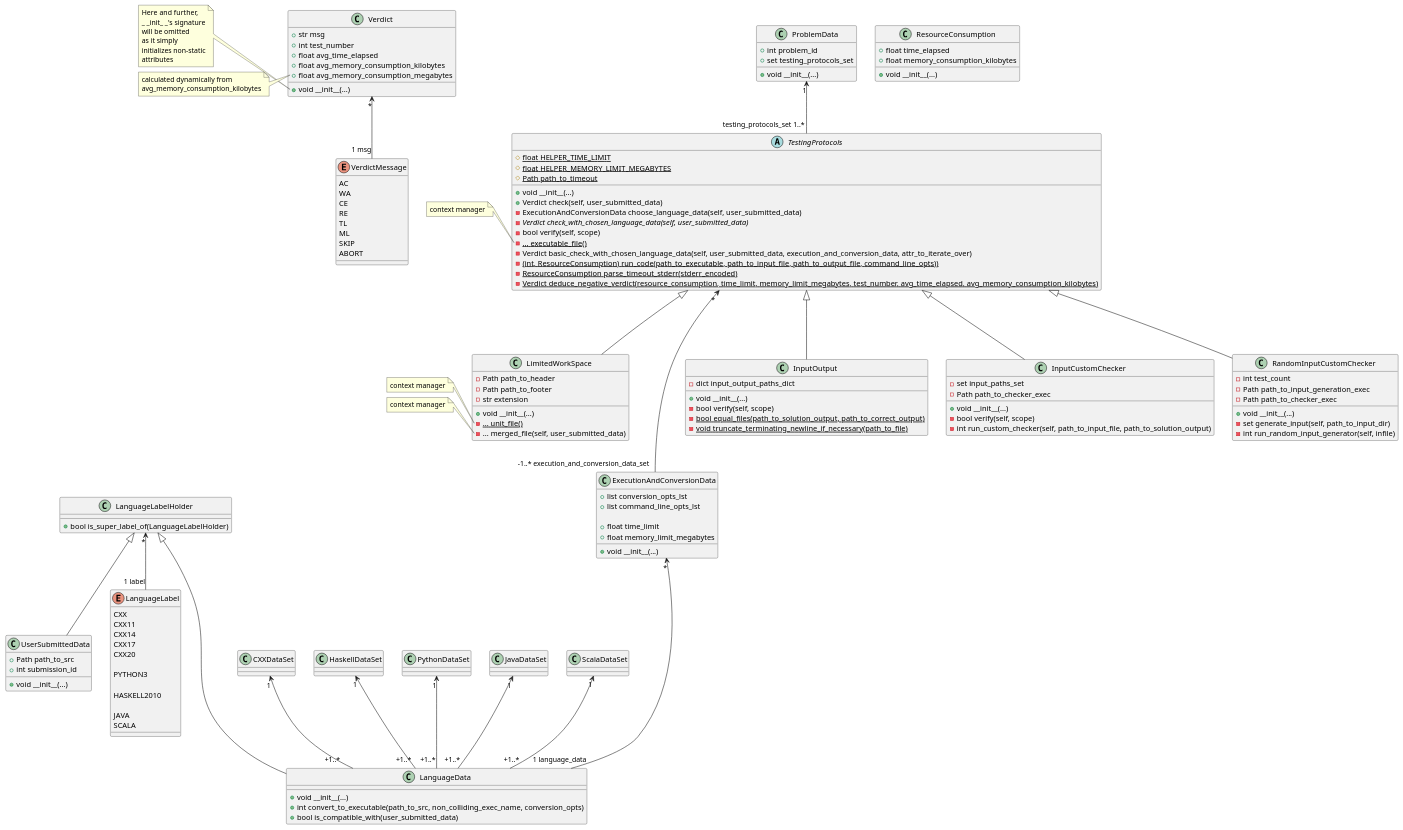
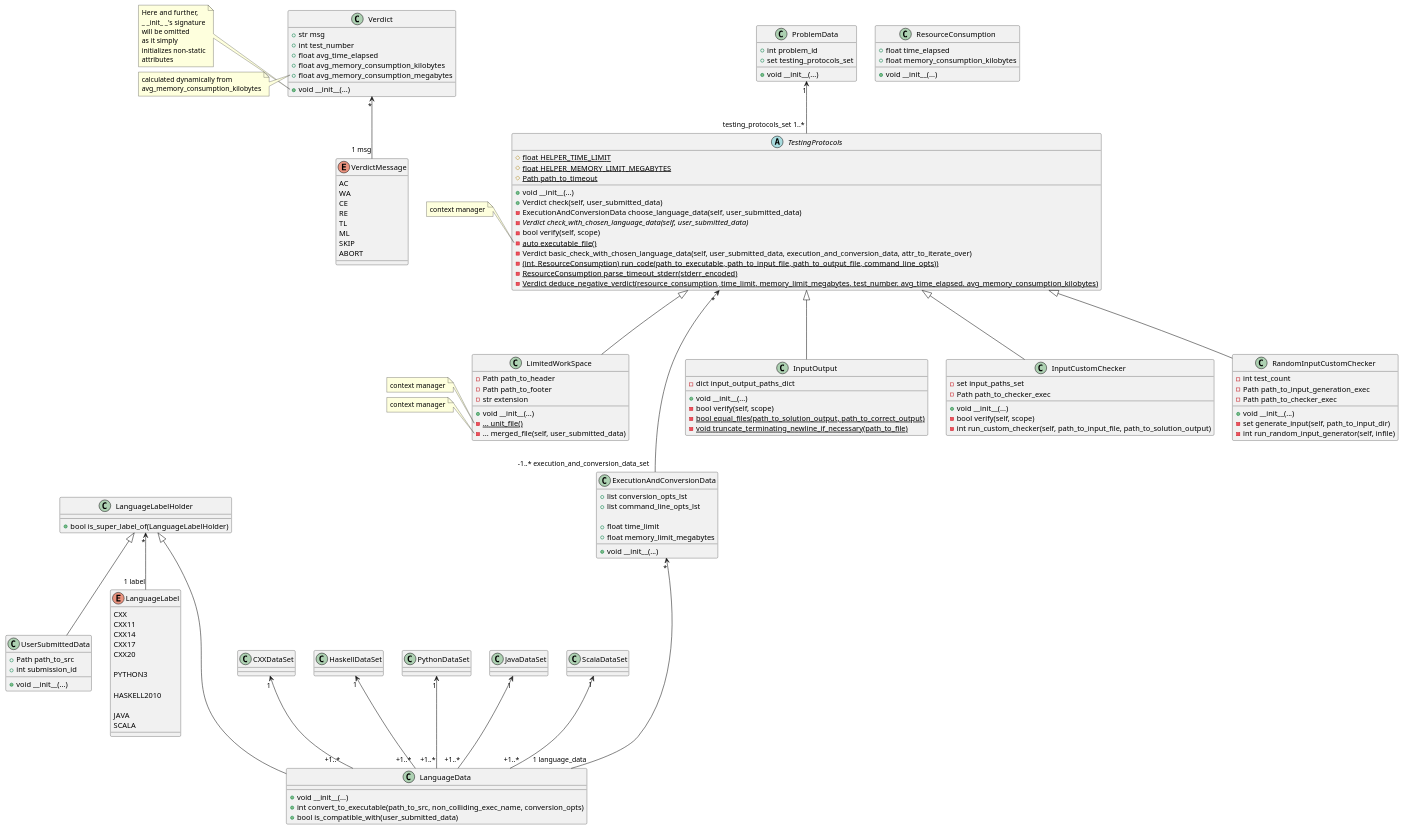
The diagram in TestingSystem/TestingProtocols/Class_TestingProtocols.puml (IgorZhiltsoff/TPy_project), drawn with PlantUML before and after one commit. The commit also changed 4 other files, not shown here.

```diff
--- a/TestingSystem/TestingProtocols/Class_TestingProtocols.puml
+++ b/TestingSystem/TestingProtocols/Class_TestingProtocols.puml
@@ -135,7 +135,7 @@
     -ExecutionAndConversionData choose_language_data(self, user_submitted_data)
     -{abstract} Verdict check_with_chosen_language_data(self, user_submitted_data)
     -bool verify(self, scope)
-    -{static} ... executable_file()
+    -{static} auto executable_file()
     -Verdict basic_check_with_chosen_language_data(self, user_submitted_data, execution_and_conversion_data, attr_to_iterate_over)
     -{static} (int, ResourceConsumption) run_code(path_to_executable, path_to_input_file, path_to_output_file, command_line_opts))
     -{static} ResourceConsumption parse_timeout_stderr(stderr_encoded)
```
